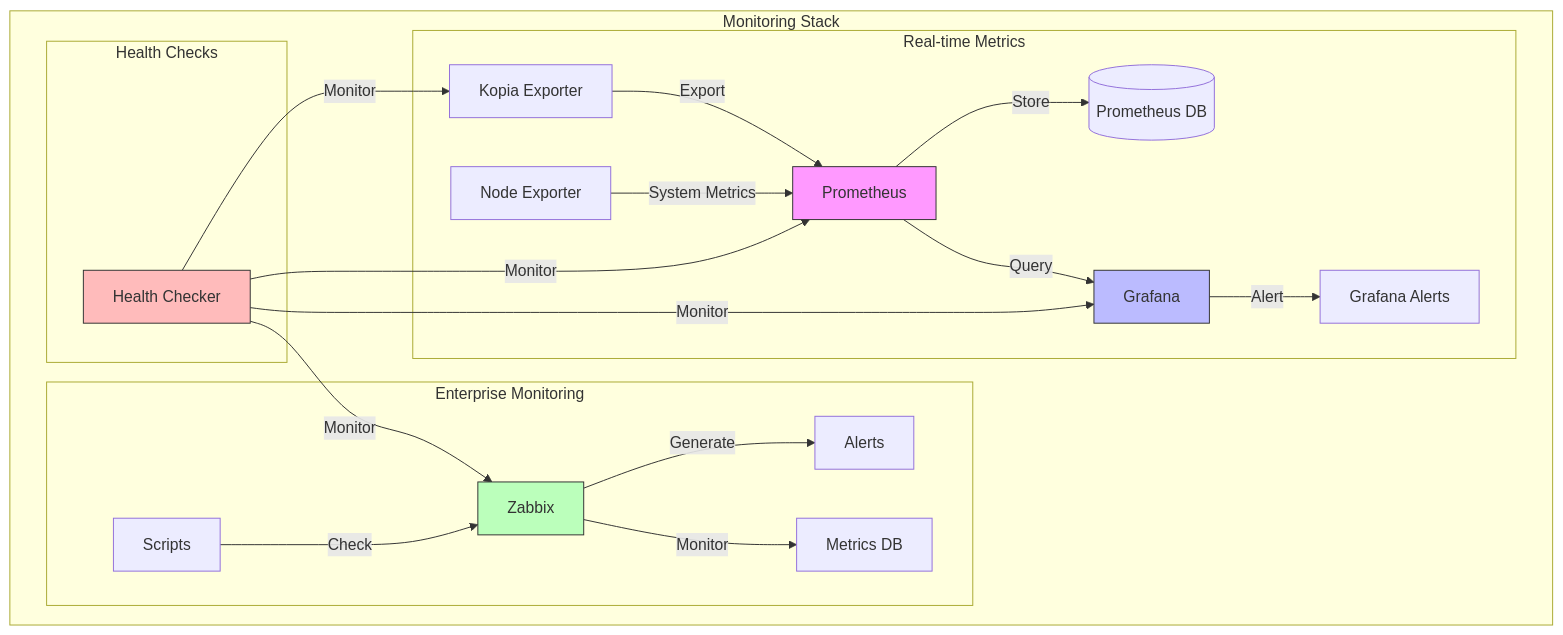
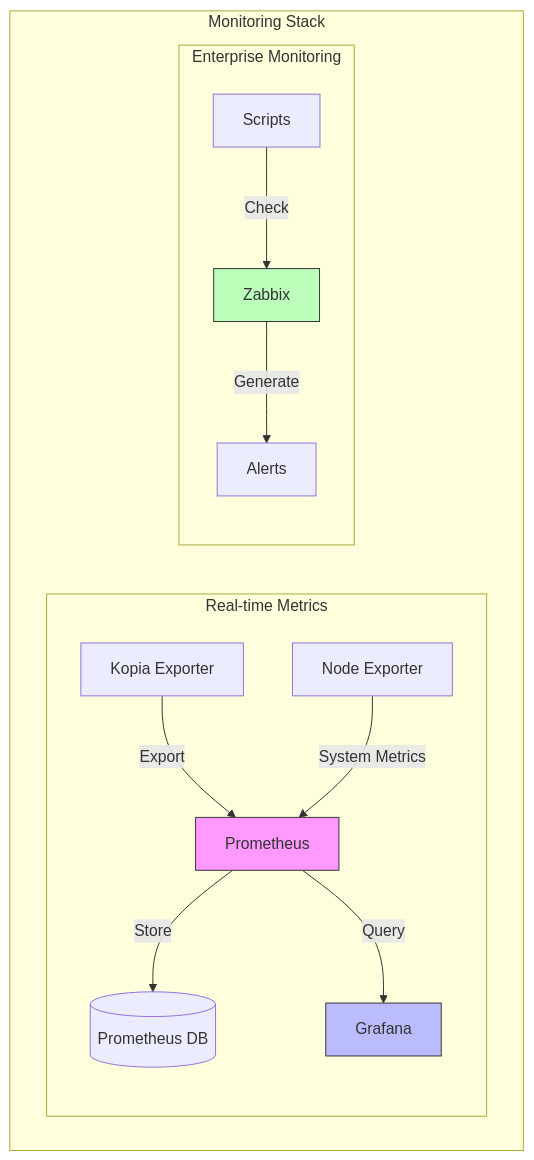
One commit to eblet/kopia-backup-run changed the diagram in monitoring/README.md. Above: the diagram before and after it, drawn with Mermaid.

Commit message:
edit graph

````diff
--- a/monitoring/README.md
+++ b/monitoring/README.md
@@ -12,30 +12,20 @@
 ```mermaid
 graph TB
     subgraph "Monitoring Stack"
         subgraph "Real-time Metrics"
             KE[Kopia Exporter] -->|Export| P[Prometheus]
             NE[Node Exporter] -->|System Metrics| P
             P -->|Store| PD[(Prometheus DB)]
             P -->|Query| G[Grafana]
-            G -->|Alert| GA[Grafana Alerts]
         end
 
         subgraph "Enterprise Monitoring"
             ZS[Scripts] -->|Check| Z[Zabbix]
             Z -->|Generate| ZA[Alerts]
-            Z -->|Monitor| ZM[Metrics DB]
-        end
-
-        subgraph "Health Checks"
-            HC[Health Checker] -->|Monitor| KE
-            HC -->|Monitor| P
-            HC -->|Monitor| G
-            HC -->|Monitor| Z
         end
     end
 
     style P fill:#f9f,stroke:#333
     style G fill:#bbf,stroke:#333    
     style Z fill:#bfb,stroke:#333
-    style HC fill:#fbb,stroke:#333
 ```
````
